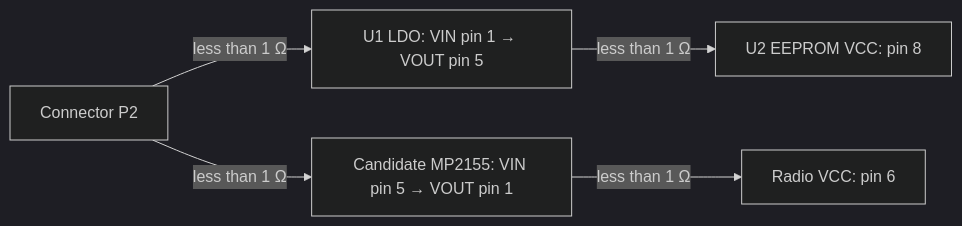
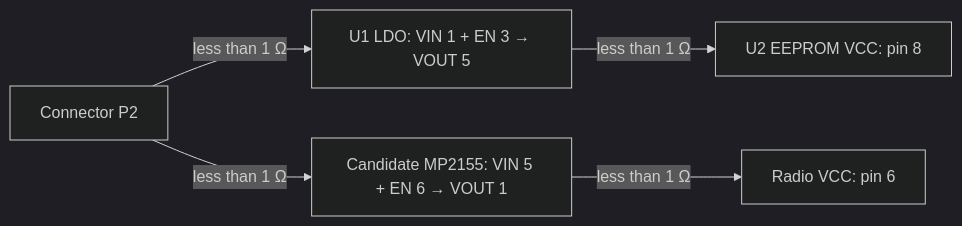
The diagram in docs/measurements.md (rambo/dmdt-865_expansion), drawn with Mermaid (dark theme) before and after one commit. The commit also changed other lines of this file and 1 other file, not shown here.

````diff
--- a/docs/measurements.md
+++ b/docs/measurements.md
@@ -274,7 +276,7 @@
 ```mermaid
 flowchart LR
-    P2["Connector P2"] -->|"less than 1 Ω"| U1["U1 LDO: VIN pin 1 → VOUT pin 5"]
-    P2 -->|"less than 1 Ω"| DC["Candidate MP2155: VIN pin 5 → VOUT pin 1"]
+    P2["Connector P2"] -->|"less than 1 Ω"| U1["U1 LDO: VIN 1 + EN 3 → VOUT 5"]
+    P2 -->|"less than 1 Ω"| DC["Candidate MP2155: VIN 5 + EN 6 → VOUT 1"]
     U1 -->|"less than 1 Ω"| EE["U2 EEPROM VCC: pin 8"]
     DC -->|"less than 1 Ω"| RF["Radio VCC: pin 6"]
 ```
````
